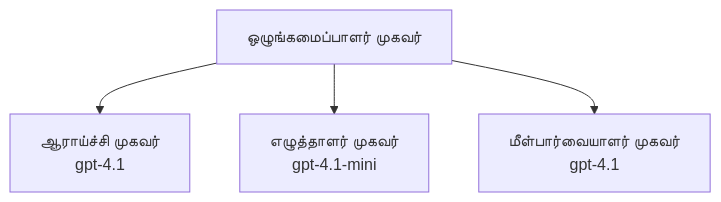
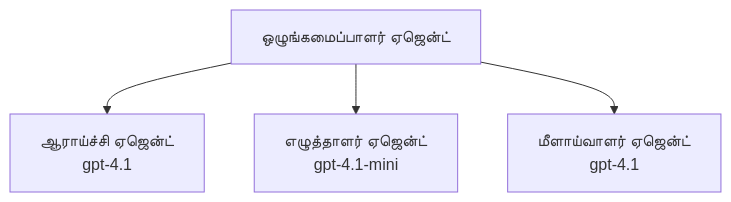
Before and after one commit to microsoft/AZD-for-beginners: the third of 3 diagrams in translations/ta/docs/chapter-02-ai-development/agents.md, drawn with Mermaid. The commit also changed other lines of this file and 104 other files, not shown here.

````diff
--- a/translations/ta/docs/chapter-02-ai-development/agents.md
+++ b/translations/ta/docs/chapter-02-ai-development/agents.md
@@ -194,6 +201,6 @@
 ```mermaid
 graph TD
-    Orchestrator[ஒழுங்கமைப்பாளர் முகவர்] --> Research[ஆராய்ச்சி முகவர்<br/>gpt-4.1]
-    Orchestrator --> Writer[எழுத்தாளர் முகவர்<br/>gpt-4.1-mini]
-    Orchestrator --> Reviewer[மீள்பார்வையாளர் முகவர்<br/>gpt-4.1]
+    Orchestrator[ஒழுங்கமைப்பாளர் ஏஜென்ட்] --> Research[ஆராய்ச்சி ஏஜென்ட்<br/>gpt-4.1]
+    Orchestrator --> Writer[எழுத்தாளர் ஏஜென்ட்<br/>gpt-4.1-mini]
+    Orchestrator --> Reviewer[மீளாய்வாளர் ஏஜென்ட்<br/>gpt-4.1]
 ```
````
